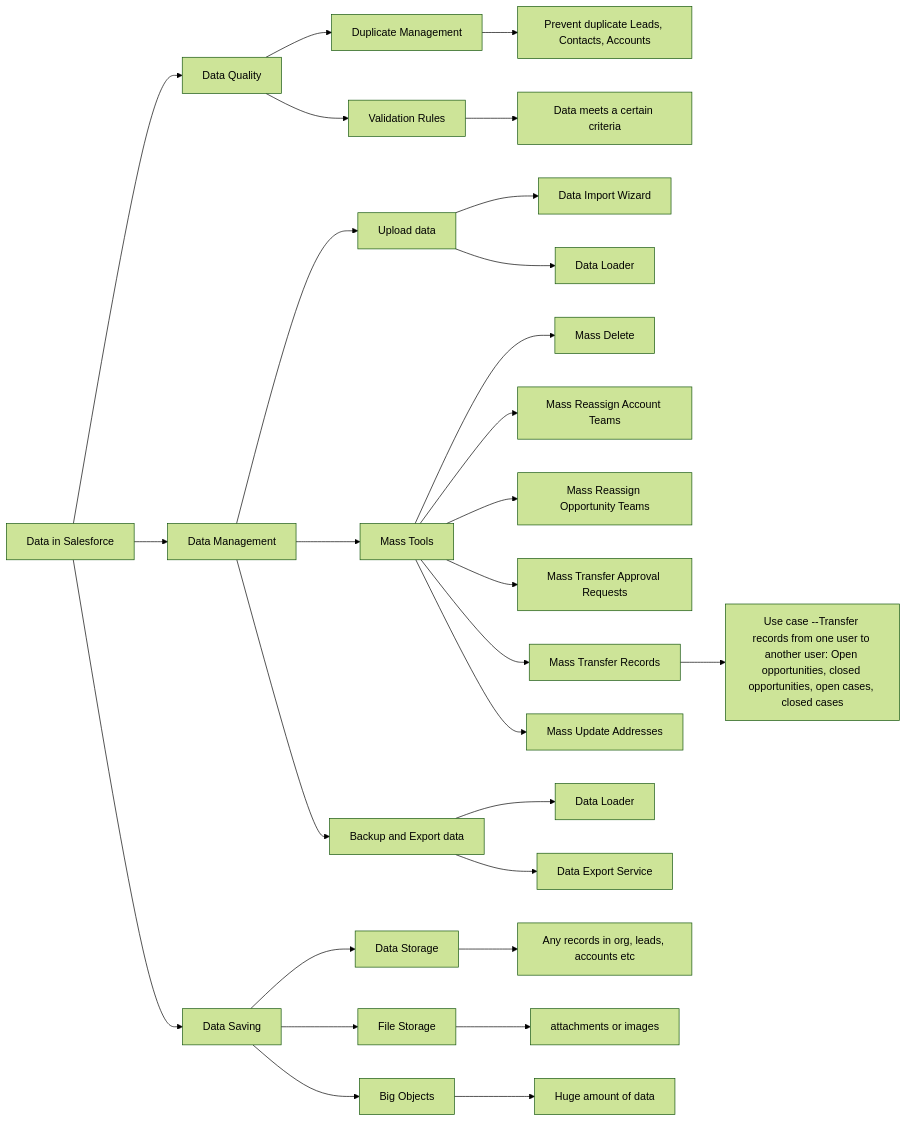
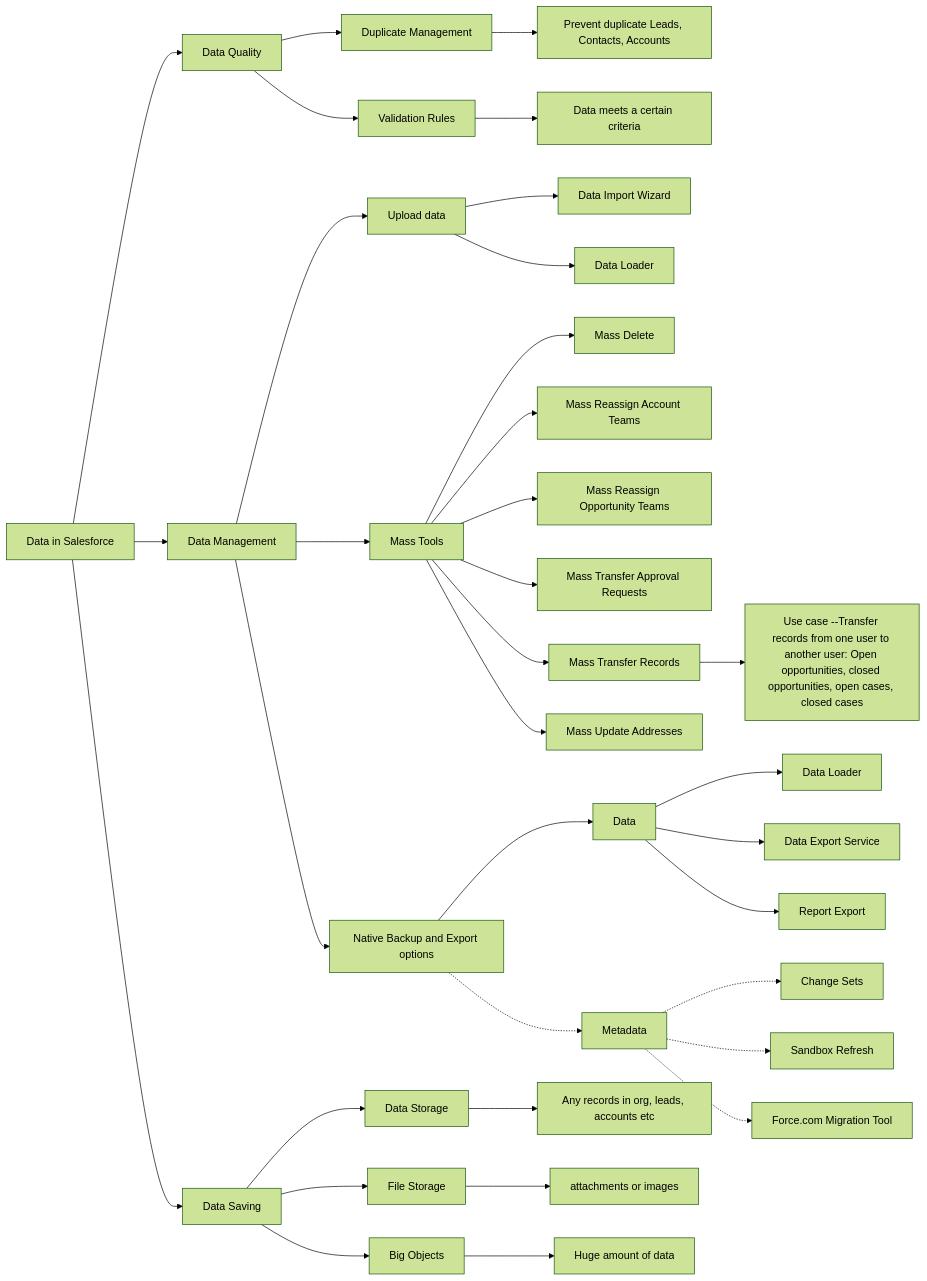
The fifth of 10 diagrams in notes/OM&LB.md (SanshanGan/salesforce-notes), drawn with Mermaid (forest theme) before and after one commit. The commit also changed other lines of this file, not shown here.

Commit message:
[sanshan] Update Data & fundamental parts

````diff
--- a/notes/OM&LB.md
+++ b/notes/OM&LB.md
@@ -290,26 +306,32 @@
 ```mermaid
 flowchart LR
     A[Data in Salesforce] --> B[Data Quality]
     A --> C[Data Management]
     A --> N[Data Saving]
     B --> D[Duplicate Management] --> G[Prevent duplicate Leads, Contacts, Accounts]
     B --> E[Validation Rules] --> F[Data meets a certain criteria]
     C --> H[Upload data]
     C --> K[Mass Tools]
-    C --> M[Backup and Export data]
+    C --> M[Native Backup and Export options]
+    M --> e[Data]
+    M -.-> f[Metadata]
     H --> I[Data Import Wizard]
     H --> J[Data Loader]
     K --> W[Mass Delete]
     K --> X[Mass Reassign Account Teams]
     K --> Y[Mass Reassign Opportunity Teams]
     K --> Z[Mass Transfer Approval Requests]
     K --> a[Mass Transfer Records]
     K --> b[Mass Update Addresses]
     N --> O[Data Storage] --> R[Any records in org, leads, accounts etc]
     N --> P[File Storage] --> S[attachments or images]
     N --> Q[Big Objects] --> T[Huge amount of data]
-    M --> U[Data Loader]
-    M --> V[Data Export Service]
+    e --> U[Data Loader]
+    e --> V[Data Export Service]
+    e --> d[Report Export]
+    f -.-> g[Change Sets]
+    f -.-> h[Sandbox Refresh]
+    f -.-> i[Force.com Migration Tool]
     a --> c[Use case --Transfer records from one user to another user: Open opportunities, closed opportunities, open cases, closed cases]
 
 ```
````
